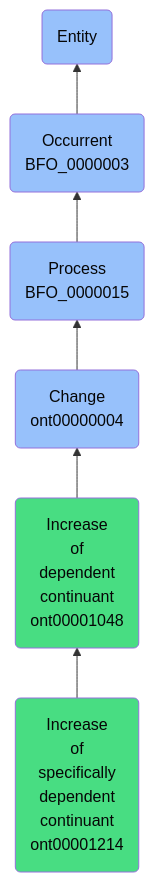
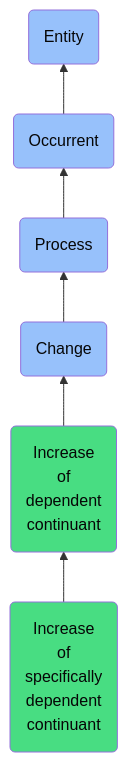
Before and after one commit to jupyter-naas/abi: the diagram in docs/ontology/reference/model/Entity/Occurrent/Process/Change/Increase of dependent continuant/Increase of specifically dependent continuant/Increase of specifically dependent continuant.md, drawn with Mermaid. The commit also changed other lines of this file and 1430 other files, not shown here.

````diff
--- a/docs/ontology/reference/model/Entity/Occurrent/Process/Change/Increase of dependent continuant/Increase of specifically dependent continuant/Increase of specifically dependent continuant.md
+++ b/docs/ontology/reference/model/Entity/Occurrent/Process/Change/Increase of dependent continuant/Increase of specifically dependent continuant/Increase of specifically dependent continuant.md
@@ -24,13 +24,13 @@
 ```mermaid
 graph BT
-    ont00001214(Increase<br>of<br>specifically<br>dependent<br>continuant<br>ont00001214):::ABI-->ont00001048
-    ont00001048(Increase<br>of<br>dependent<br>continuant<br>ont00001048):::ABI-->ont00000004
-    ont00000004(Change<br>ont00000004):::BFO-->BFO_0000015
-    BFO_0000015(Process<br>BFO_0000015):::BFO-->BFO_0000003
-    BFO_0000003(Occurrent<br>BFO_0000003):::BFO-->BFO_0000001
+    ont00001214(Increase<br>of<br>specifically<br>dependent<br>continuant):::ABI-->ont00001048
+    ont00001048(Increase<br>of<br>dependent<br>continuant):::ABI-->ont00000004
+    ont00000004(Change):::BFO-->BFO_0000015
+    BFO_0000015(Process):::BFO-->BFO_0000003
+    BFO_0000003(Occurrent):::BFO-->BFO_0000001
     BFO_0000001(Entity):::BFO
     
     classDef BFO fill:#97c1fb,color:#060606
     classDef CCO fill:#e4c51e,color:#060606
     classDef ABI fill:#48DD82,color:#060606
 ```
````
